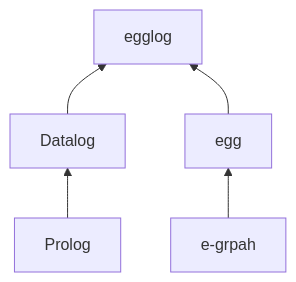
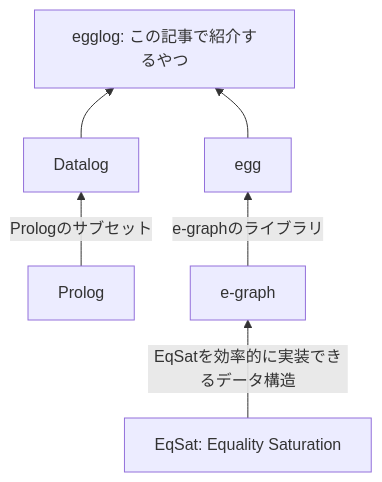
The diagram in articles/5c4df054704999.md (hatoo/zenn-content), drawn with Mermaid before and after one commit. The commit also changed other lines of this file, not shown here.

````diff
--- a/articles/5c4df054704999.md
+++ b/articles/5c4df054704999.md
@@ -15,7 +19,8 @@
 ```mermaid
 graph BT;
-    Datalog --> egglog;
-    Prolog --> Datalog;
-    e-grpah --> egg;
+    Datalog --> egglog[egglog: この記事で紹介するやつ];
+    Prolog -->|Prologのサブセット| Datalog;
+    e-graph -->|e-graphのライブラリ| egg;
     egg --> egglog;
+    EqSat[EqSat: Equality Saturation] -->|EqSatを効率的に実装できるデータ構造| e-graph;
 ```
````
